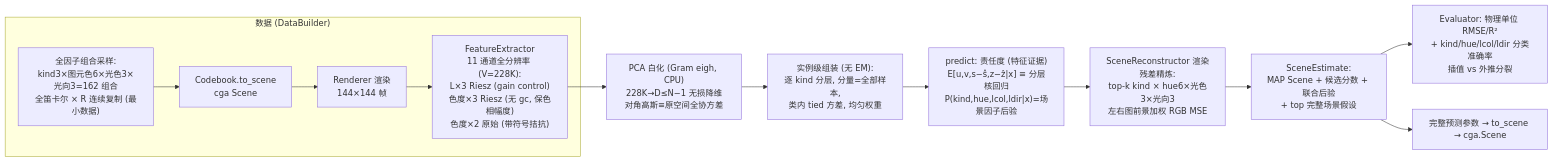
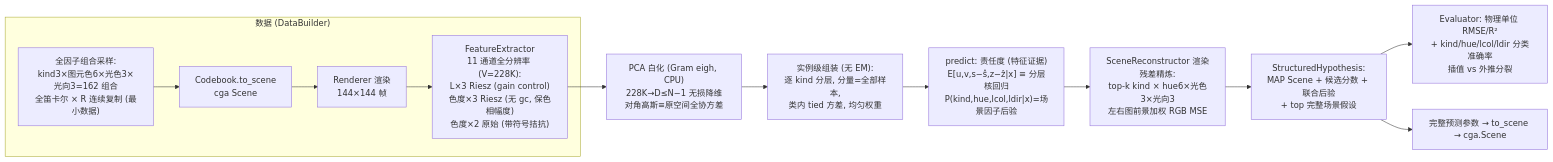
The first of 5 diagrams in docs/architecture.md (aki-xavier/conger), drawn with Mermaid before and after one commit. The commit also changed other lines of this file and 17 other files, not shown here.

````diff
--- a/docs/architecture.md
+++ b/docs/architecture.md
@@ -19,16 +19,16 @@
 ```mermaid
 flowchart LR
     subgraph DATA["数据 (DataBuilder)"]
         SAMPLE["全因子组合采样:<br/>kind3×图元色6×光色3×光向3=162 组合<br/>全笛卡尔 × R 连续复制 (最小数据)"]
         --> SCENE["Codebook.to_scene<br/>cga Scene"]
         SCENE --> RENDER["Renderer 渲染<br/>144×144 帧"]
         RENDER --> FEAT["FeatureExtractor<br/>11 通道全分辨率 (V=228K):<br/>L×3 Riesz (gain control)<br/>色度×3 Riesz (无 gc, 保色相幅度)<br/>色度×2 原始 (带符号拮抗)"]
     end
     FEAT --> W["PCA 白化 (Gram eigh, CPU)<br/>228K→D≤N−1 无损降维<br/>对角高斯≡原空间全协方差"]
     W --> ASM["实例级组装 (无 EM):<br/>逐 kind 分层, 分量=全部样本,<br/>类内 tied 方差, 均匀权重"]
     ASM --> PRED["predict: 责任度 (特征证据)<br/>E[u,v,s−ŝ,z−ẑ|x] ≡ 分层核回归<br/>P(kind,hue,lcol,ldir|x)=场景因子后验"]
     PRED --> REFINE["SceneReconstructor 渲染残差精炼:<br/>top-k kind × hue6×光色3×光向3<br/>左右图前景加权 RGB MSE"]
-    REFINE --> POST["SceneEstimate:<br/>MAP Scene + 候选分数 + 联合后验<br/>+ top 完整场景假设"]
+    REFINE --> POST["StructuredHypothesis:<br/>MAP Scene + 候选分数 + 联合后验<br/>+ top 完整场景假设"]
     POST --> EVAL["Evaluator: 物理单位 RMSE/R²<br/>+ kind/hue/lcol/ldir 分类准确率<br/>插值 vs 外推分裂"]
     POST --> RECON["完整预测参数 → to_scene → cga.Scene"]
 ```
````
